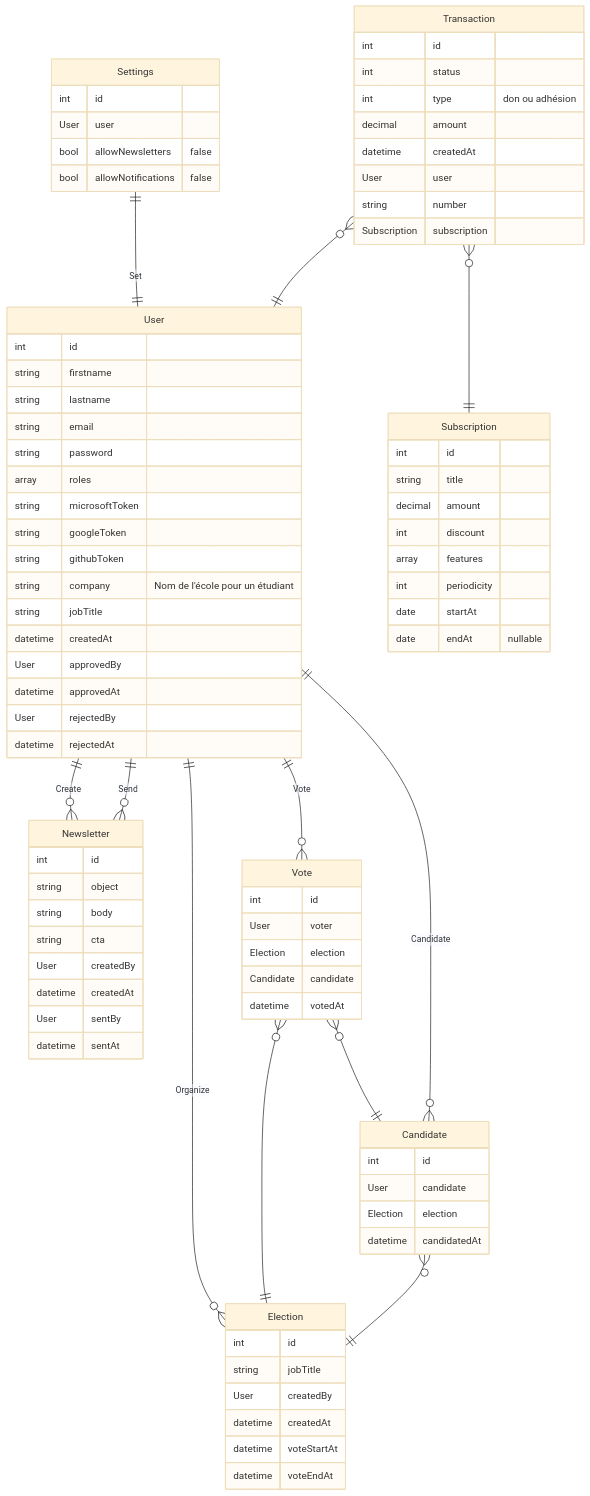
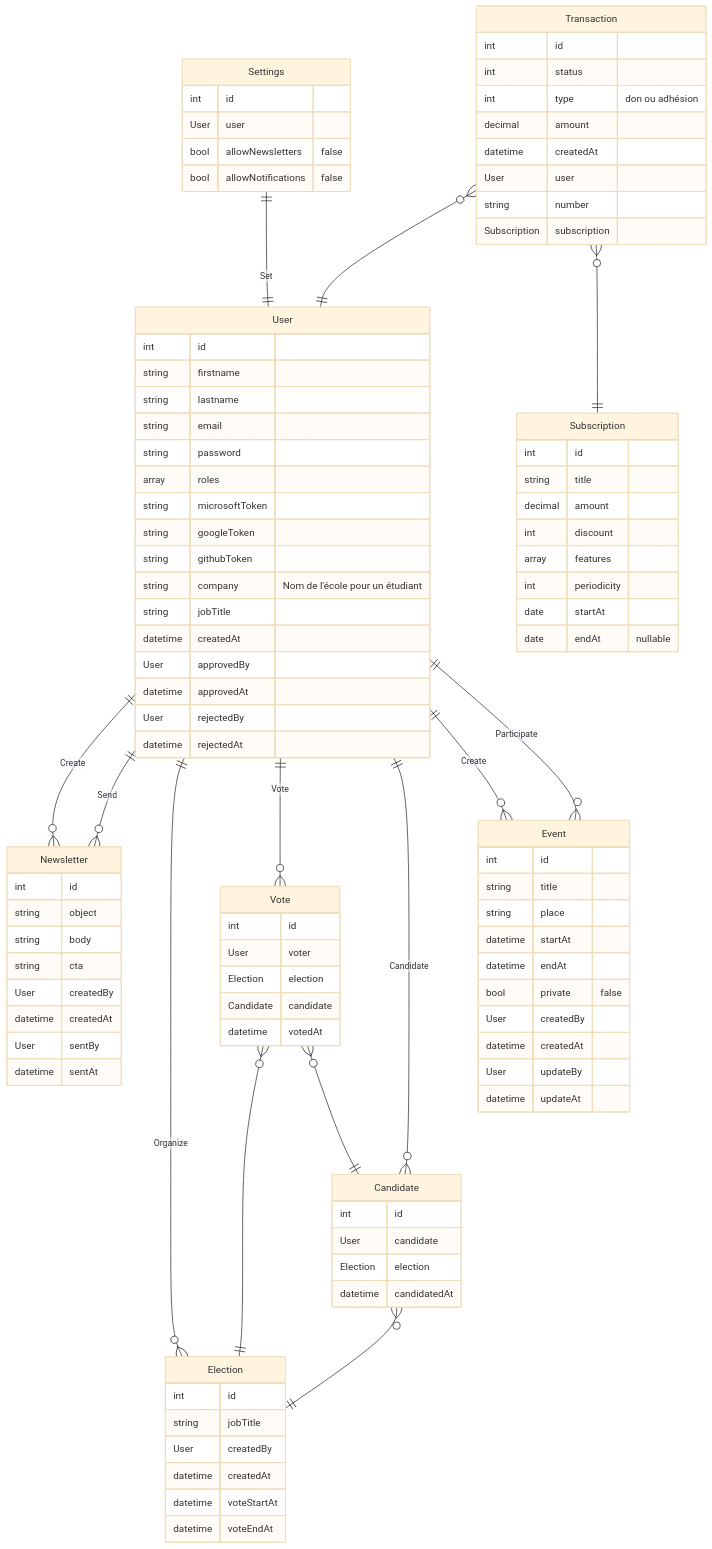
Before and after one commit to epsi-wis-alumni/gestion-adhesions: the diagram in docs/database.md, drawn with Mermaid (base theme).

````diff
--- a/docs/database.md
+++ b/docs/database.md
@@ -84,6 +84,19 @@
         Candidate candidate
         datetime votedAt
     }
+
+    Event {
+        int id
+        string title
+        string place
+        datetime startAt
+        datetime endAt
+        bool private "false"
+        User createdBy
+        datetime createdAt
+        User updateBy
+        datetime updateAt
+    }
     
     Settings 1--1 User: "Set"
     
@@ -102,4 +115,7 @@
 
     Transaction 0+--1 User: ""
     Transaction 0+--1 Subscription: ""
+
+    User 1--0+ Event: "Create"
+    User 1--0+ Event: "Participate"
 ```
````
